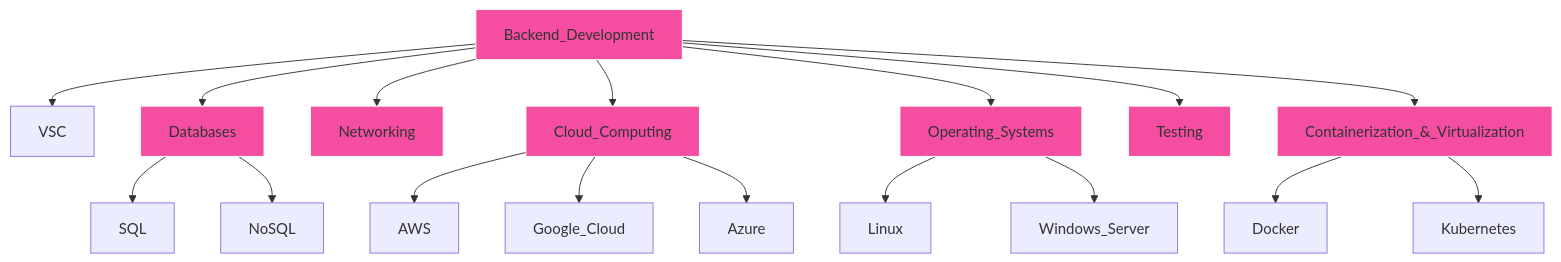
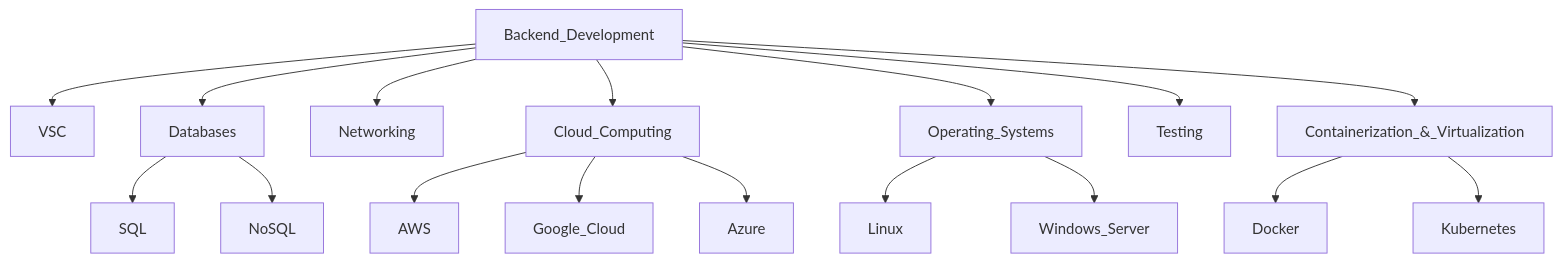
One commit to Azriel1909/Pink-academy changed the diagram in Module_1/2.md. Above: the diagram before and after it, drawn with Mermaid. The commit also changed 1 other file, not shown here.

Commit message:
Module 1 update

````diff
--- a/Module_1/2.md
+++ b/Module_1/2.md
@@ -1,26 +1,19 @@
 ```mermaid
 graph TB
     Backend_Development --> VSC
     Backend_Development --> Databases
     Databases --> SQL
     Databases --> NoSQL
     Backend_Development --> Networking
     Backend_Development --> Cloud_Computing
     Cloud_Computing --> AWS
     Cloud_Computing --> Google_Cloud
     Cloud_Computing --> Azure
     Backend_Development --> Operating_Systems
     Operating_Systems --> Linux
     Operating_Systems --> Windows_Server
     Backend_Development --> Testing
     Backend_Development --> Containerization_&_Virtualization
     Containerization_&_Virtualization --> Docker
     Containerization_&_Virtualization --> Kubernetes
-    style Backend_Development fill:#F54EA1,stroke:#FFFFFF
-    style Databases fill:#F54EA1,stroke:#FFFFFF
-    style Networking fill:#F54EA1,stroke:#FFFFFF
-    style Cloud_Computing fill:#F54EA1,stroke:#FFFFFF
-    style Operating_Systems fill:#F54EA1,stroke:#FFFFFF
-    style Testing fill:#F54EA1,stroke:#FFFFFF
-    style Containerization_&_Virtualization fill:#F54EA1,stroke:#FFFFFF
 ```
````
